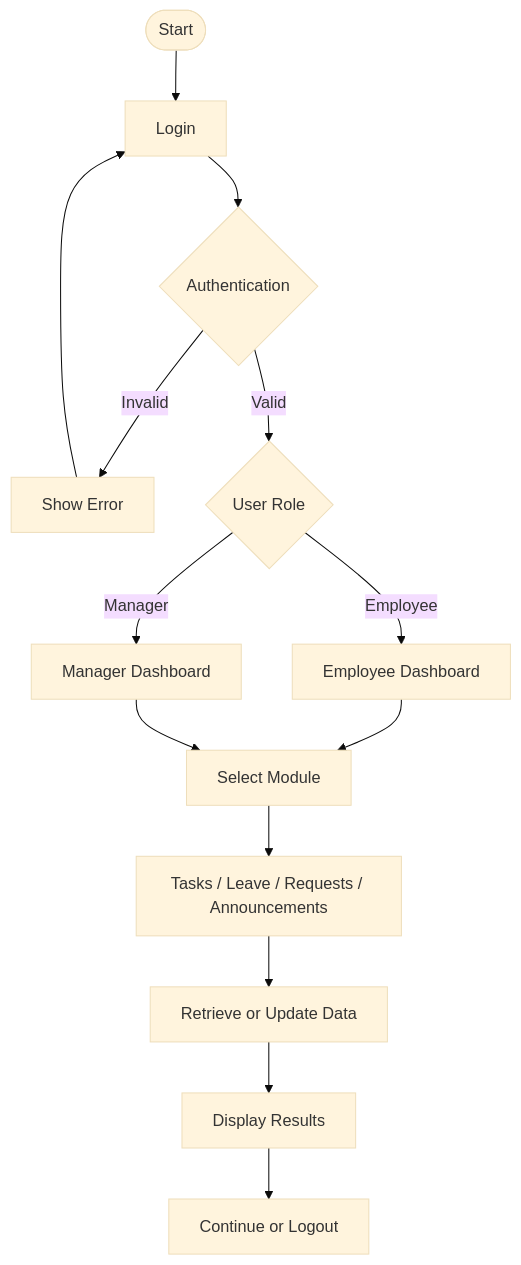
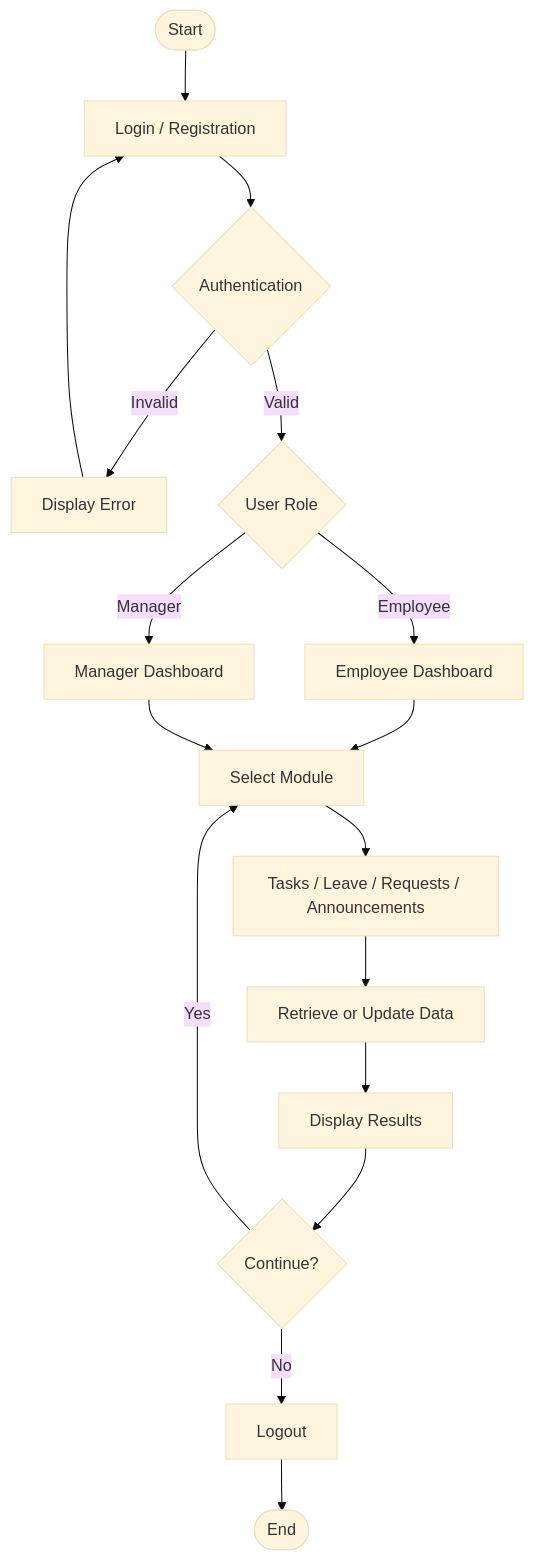
Before and after one commit to soundarya820/soundarya820: the diagram in README.md, drawn with Mermaid (base theme). The commit also changed other lines of this file, not shown here.

````diff
--- a/README.md
+++ b/README.md
@@ -47,16 +47,19 @@
 ```mermaid
 flowchart TD
-    A([Start]) --> B[Login]
+    A([Start]) --> B[Login / Registration]
     B --> C{Authentication}
-    C -- Invalid --> D[Show Error]
+    C -- Invalid --> D[Display Error]
     D --> B
     C -- Valid --> E{User Role}
     E -- Employee --> F[Employee Dashboard]
     E -- Manager --> G[Manager Dashboard]
     F --> H[Select Module]
     G --> H
     H --> I[Tasks / Leave / Requests / Announcements]
     I --> J[Retrieve or Update Data]
     J --> K[Display Results]
-    K --> L[Continue or Logout]
+    K --> L{Continue?}
+    L -- Yes --> H
+    L -- No --> M[Logout]
+    M --> N([End])
 ```
````
